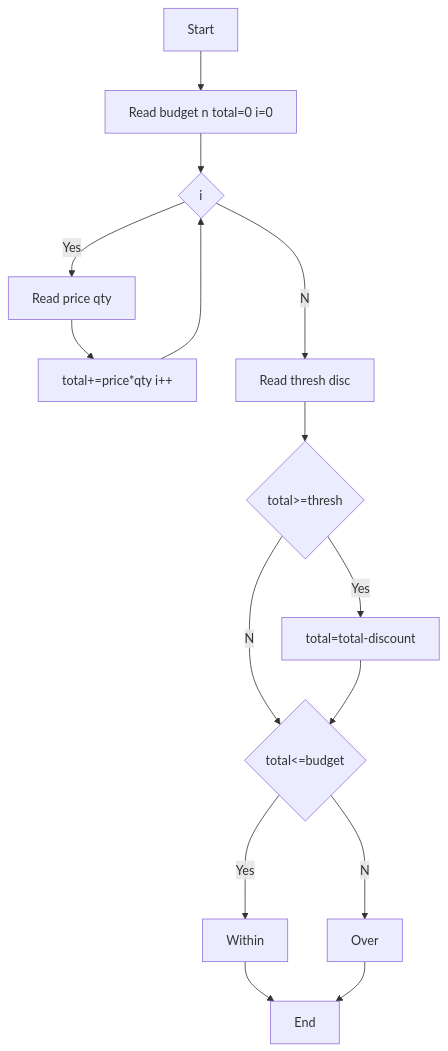
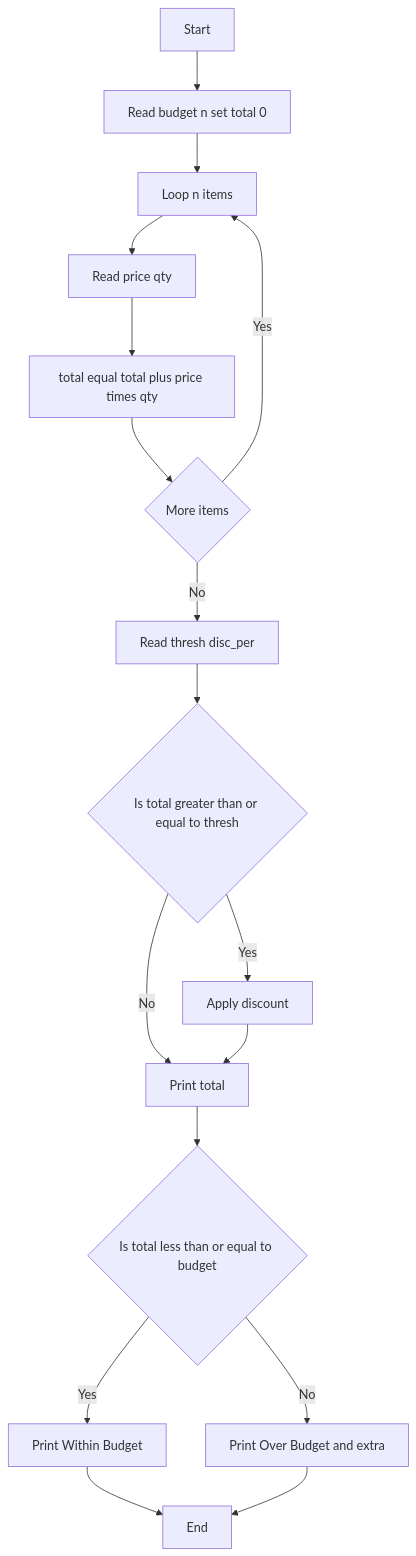
One commit to bhanusritirumala709-source/python-activity-Based-learning changed the diagram in task8/code.md. Above: the diagram before and after it, drawn with Mermaid. The commit also changed other lines of this file, not shown here.

````diff
--- a/task8/code.md
+++ b/task8/code.md
@@ -6,17 +26,19 @@
 ```mermaid
 flowchart TD
-    A[Start]-->B[Read budget n total=0 i=0]
-    B-->C{i<n}
-    C--Yes-->D[Read price qty]
-    D-->E[total+=price*qty i++]
-    E-->C
-    C--No-->F[Read thresh disc]
-    F-->G{total>=thresh}
-    G--Yes-->H[total=total-discount]
-    G--No-->I{total<=budget}
-    H-->I
-    I--Yes-->J[Within]
-    I--No-->K[Over]
-    J-->L[End]
-    K-->L
+    A[Start] --> B[Read budget n set total 0]
+    B --> C[Loop n items]
+    C --> D[Read price qty]
+    D --> E[total equal total plus price times qty]
+    E --> F{More items}
+    F -- Yes --> C
+    F -- No --> G[Read thresh disc_per]
+    G --> H{Is total greater than or equal to thresh}
+    H -- Yes --> I[Apply discount]
+    H -- No --> J[Print total]
+    I --> J
+    J --> K{Is total less than or equal to budget}
+    K -- Yes --> L[Print Within Budget]
+    K -- No --> M[Print Over Budget and extra]
+    L --> N[End]
+    M --> N
 ```
````
